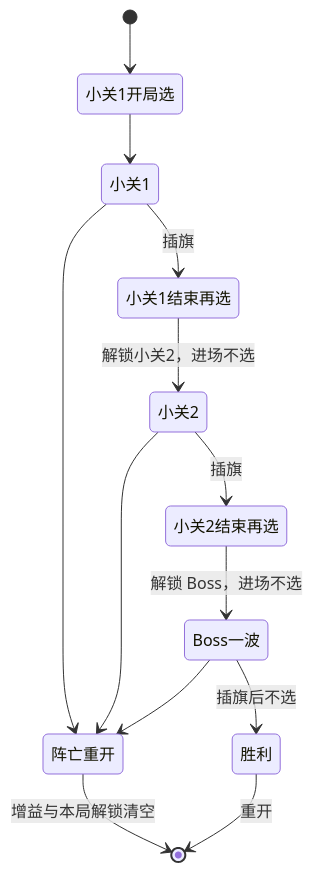
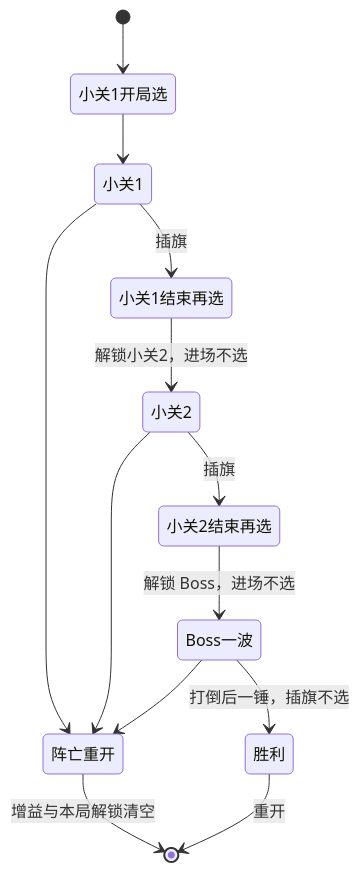
The second of 2 diagrams in docs/Core_Loop.md (kyrie21z/Battlefield-Rouge), drawn with Mermaid before and after one commit. The commit also changed other lines of this file and 29 other files, not shown here.

````diff
--- a/docs/Core_Loop.md
+++ b/docs/Core_Loop.md
@@ -70,15 +70,15 @@
 ```mermaid
 stateDiagram-v2
     [*] --> 小关1开局选
     小关1开局选 --> 小关1
     小关1 --> 小关1结束再选: 插旗
     小关1结束再选 --> 小关2: 解锁小关2，进场不选
     小关2 --> 小关2结束再选: 插旗
     小关2结束再选 --> Boss一波: 解锁 Boss，进场不选
-    Boss一波 --> 胜利: 插旗后不选
+    Boss一波 --> 胜利: 打倒后一锤，插旗不选
     小关1 --> 阵亡重开
     小关2 --> 阵亡重开
     Boss一波 --> 阵亡重开
     阵亡重开 --> [*]: 增益与本局解锁清空
     胜利 --> [*]: 重开
 ```
````
